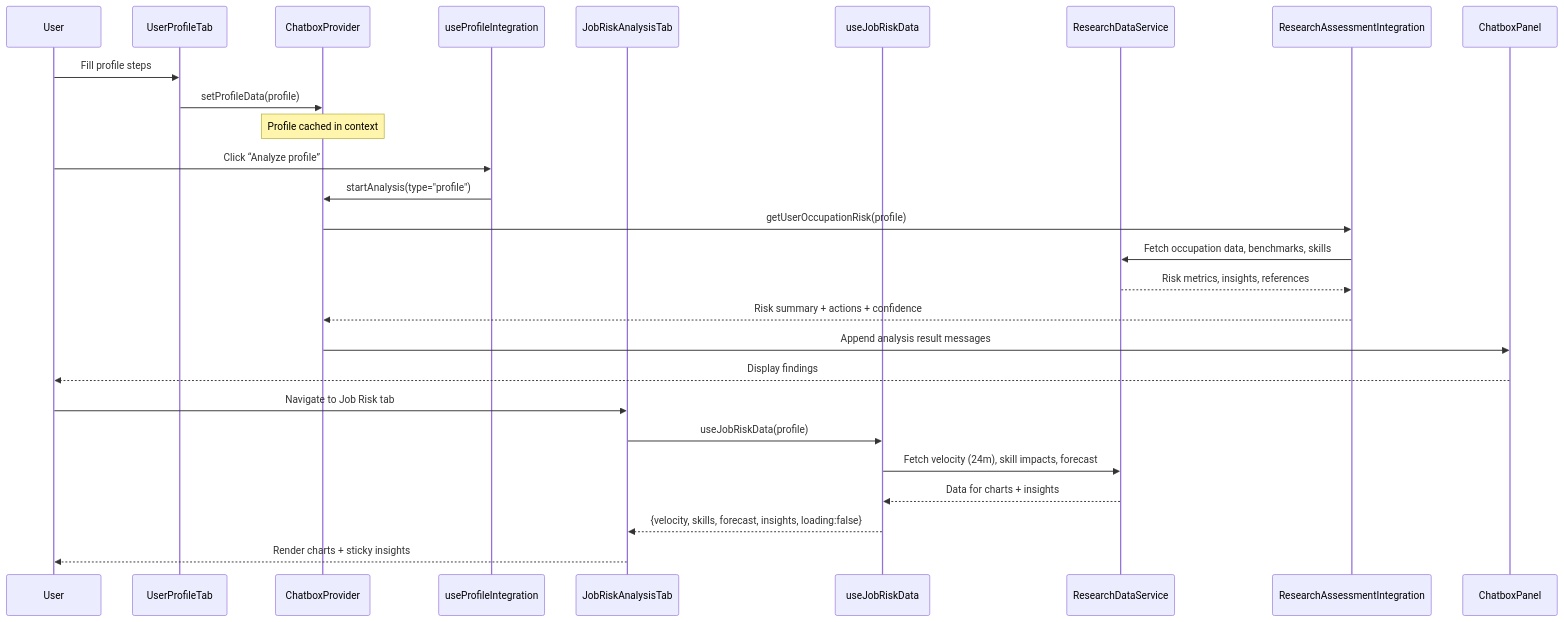
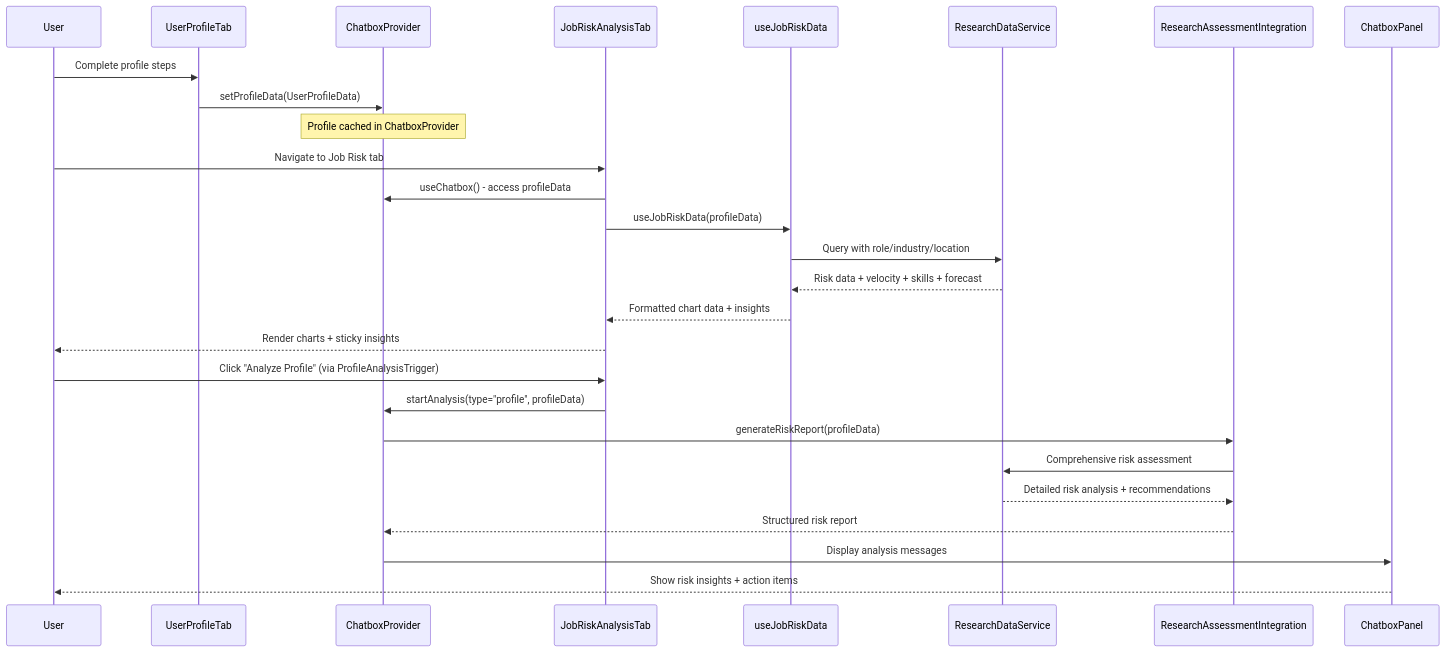
Before and after one commit to Privasim/backup: the diagram in job-risk-profile-integration-task.md, drawn with Mermaid. The commit also changed other lines of this file, not shown here.

````diff
--- a/job-risk-profile-integration-task.md
+++ b/job-risk-profile-integration-task.md
@@ -97,32 +109,32 @@
 ```mermaid
 sequenceDiagram
   participant U as User
   participant UP as UserProfileTab
   participant CP as ChatboxProvider
-  participant PI as useProfileIntegration
   participant JT as JobRiskAnalysisTab
   participant JD as useJobRiskData
   participant RS as ResearchDataService
   participant RI as ResearchAssessmentIntegration
   participant CB as ChatboxPanel
 
-  U->>UP: Fill profile steps
-  UP->>CP: setProfileData(profile)
-  note over CP: Profile cached in context
+  U->>UP: Complete profile steps
+  UP->>CP: setProfileData(UserProfileData)
+  note over CP: Profile cached in ChatboxProvider
+  
+  U->>JT: Navigate to Job Risk tab
+  JT->>CP: useChatbox() - access profileData
+  JT->>JD: useJobRiskData(profileData)
+  JD->>RS: Query with role/industry/location
+  RS-->>JD: Risk data + velocity + skills + forecast
+  JD-->>JT: Formatted chart data + insights
+  JT-->>U: Render charts + sticky insights
 
-  U->>PI: Click “Analyze profile”
-  PI->>CP: startAnalysis(type="profile")
-  CP->>RI: getUserOccupationRisk(profile)
-  RI->>RS: Fetch occupation data, benchmarks, skills
-  RS-->>RI: Risk metrics, insights, references
-  RI-->>CP: Risk summary + actions + confidence
-  CP->>CB: Append analysis result messages
-  CB-->>U: Display findings
-
-  U->>JT: Navigate to Job Risk tab
-  JT->>JD: useJobRiskData(profile)
-  JD->>RS: Fetch velocity (24m), skill impacts, forecast
-  RS-->>JD: Data for charts + insights
-  JD-->>JT: {velocity, skills, forecast, insights, loading:false}
-  JT-->>U: Render charts + sticky insights
+  U->>JT: Click "Analyze Profile" (via ProfileAnalysisTrigger)
+  JT->>CP: startAnalysis(type="profile", profileData)
+  CP->>RI: generateRiskReport(profileData)
+  RI->>RS: Comprehensive risk assessment
+  RS-->>RI: Detailed risk analysis + recommendations
+  RI-->>CP: Structured risk report
+  CP->>CB: Display analysis messages
+  CB-->>U: Show risk insights + action items
 ```
````
